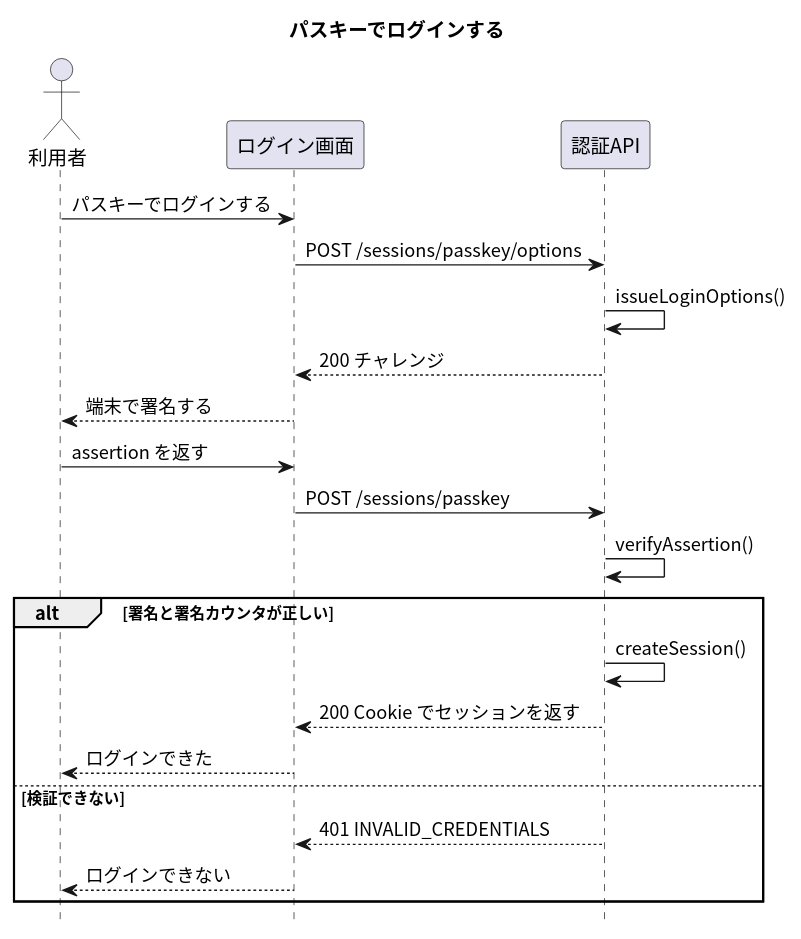
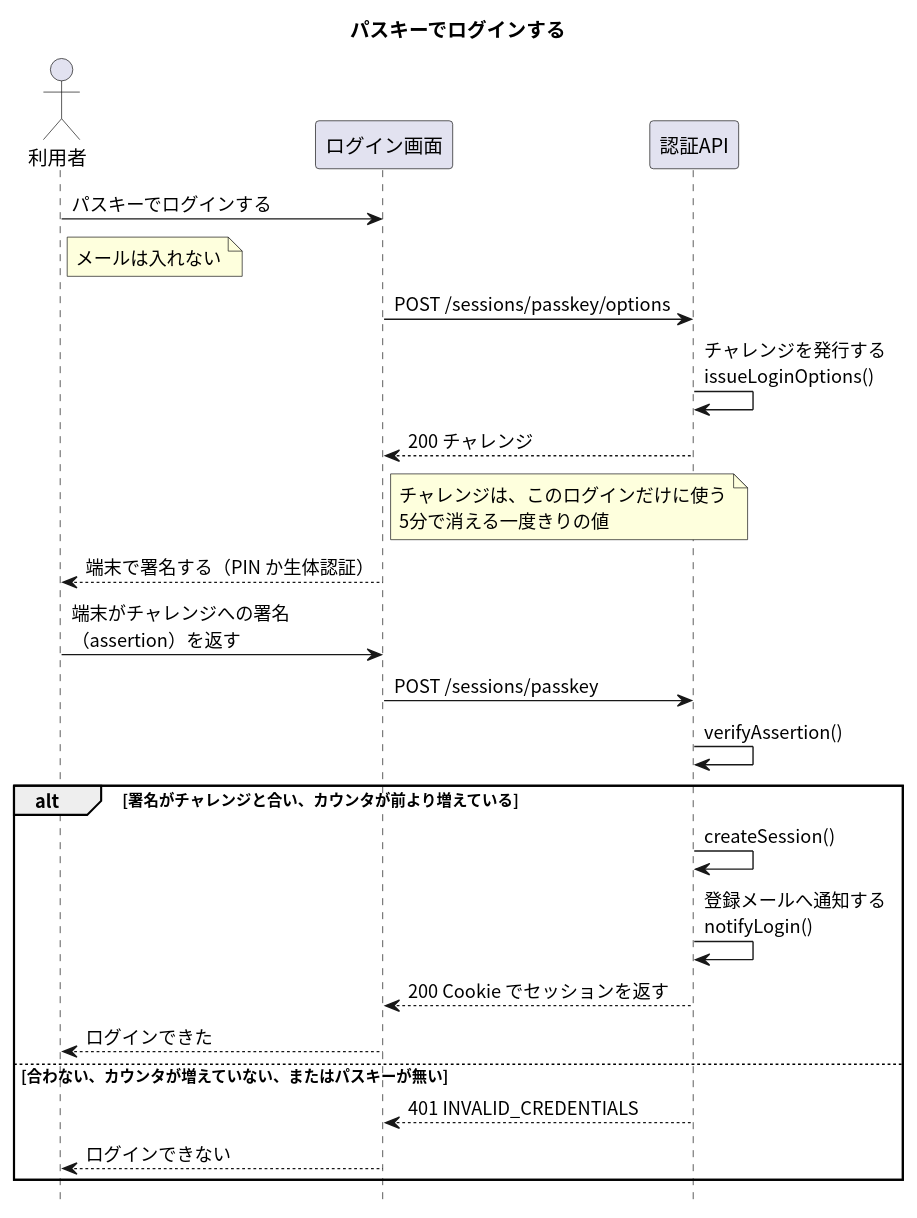
The diagram in apis/login-passkey/入口.puml (masamasamasato/design-doc-template), drawn with PlantUML before and after one commit. The commit also changed 108 other files, not shown here.

```diff
--- a/apis/login-passkey/入口.puml
+++ b/apis/login-passkey/入口.puml
@@ -1,29 +1,32 @@
 @startuml
 skinparam shadowing false
 skinparam defaultFontName "Noto Sans CJK JP"
 skinparam SequenceFontName "Noto Sans CJK JP"
 hide footbox
 
 title パスキーでログインする
 
 actor "利用者" as User
 participant "ログイン画面" as Screen
 participant "認証API" as API
 
 User -> Screen : パスキーでログインする
+note right of User : メールは入れない
 Screen -> API : POST /sessions/passkey/options
-API -> API : issueLoginOptions()
+API -> API : チャレンジを発行する\nissueLoginOptions()
 API --> Screen : 200 チャレンジ
-Screen --> User : 端末で署名する
-User -> Screen : assertion を返す
+note right of Screen : チャレンジは、このログインだけに使う\n5分で消える一度きりの値
+Screen --> User : 端末で署名する（PIN か生体認証）
+User -> Screen : 端末がチャレンジへの署名\n（assertion）を返す
 Screen -> API : POST /sessions/passkey
 API -> API : verifyAssertion()
-alt 署名と署名カウンタが正しい
+alt 署名がチャレンジと合い、カウンタが前より増えている
   API -> API : createSession()
+  API -> API : 登録メールへ通知する\nnotifyLogin()
   API --> Screen : 200 Cookie でセッションを返す
   Screen --> User : ログインできた
-else 検証できない
+else 合わない、カウンタが増えていない、またはパスキーが無い
   API --> Screen : 401 INVALID_CREDENTIALS
   Screen --> User : ログインできない
 end
 @enduml
```
